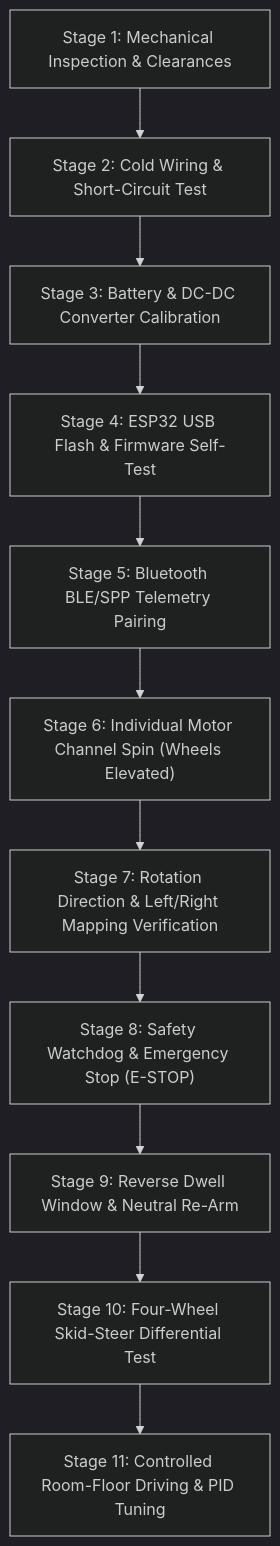
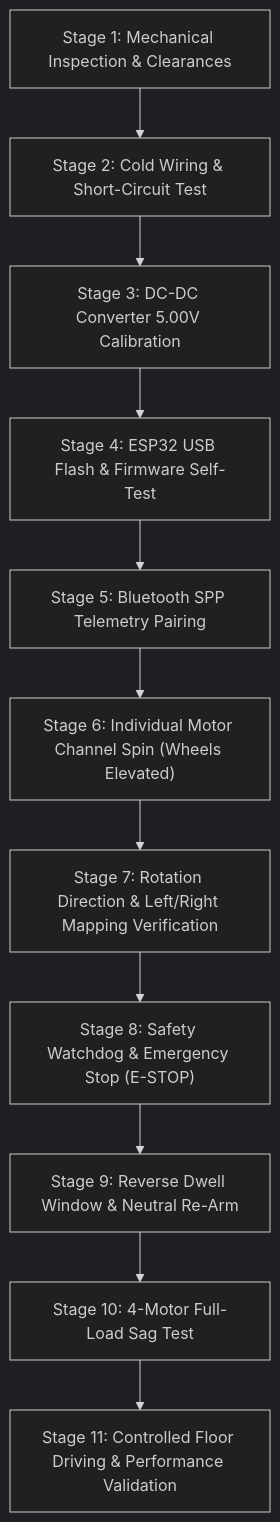
Before and after one commit to Tara1903/rc-car: the diagram in docs/hardware/testing-procedure.md, drawn with Mermaid (dark theme). The commit also changed other lines of this file and 32 other files, not shown here.

````diff
--- a/docs/hardware/testing-procedure.md
+++ b/docs/hardware/testing-procedure.md
@@ -24,13 +25,13 @@
 ```mermaid
 flowchart TD
     S1["Stage 1: Mechanical Inspection & Clearances"] --> S2["Stage 2: Cold Wiring & Short-Circuit Test"]
-    S2 --> S3["Stage 3: Battery & DC-DC Converter Calibration"]
+    S2 --> S3["Stage 3: DC-DC Converter 5.00V Calibration"]
     S3 --> S4["Stage 4: ESP32 USB Flash & Firmware Self-Test"]
-    S4 --> S5["Stage 5: Bluetooth BLE/SPP Telemetry Pairing"]
+    S4 --> S5["Stage 5: Bluetooth SPP Telemetry Pairing"]
     S5 --> S6["Stage 6: Individual Motor Channel Spin (Wheels Elevated)"]
     S6 --> S7["Stage 7: Rotation Direction & Left/Right Mapping Verification"]
     S7 --> S8["Stage 8: Safety Watchdog & Emergency Stop (E-STOP)"]
     S8 --> S9["Stage 9: Reverse Dwell Window & Neutral Re-Arm"]
-    S9 --> S10["Stage 10: Four-Wheel Skid-Steer Differential Test"]
-    S10 --> S11["Stage 11: Controlled Room-Floor Driving & PID Tuning"]
+    S9 --> S10["Stage 10: 4-Motor Full-Load Sag Test"]
+    S10 --> S11["Stage 11: Controlled Floor Driving & Performance Validation"]
 ```
````
